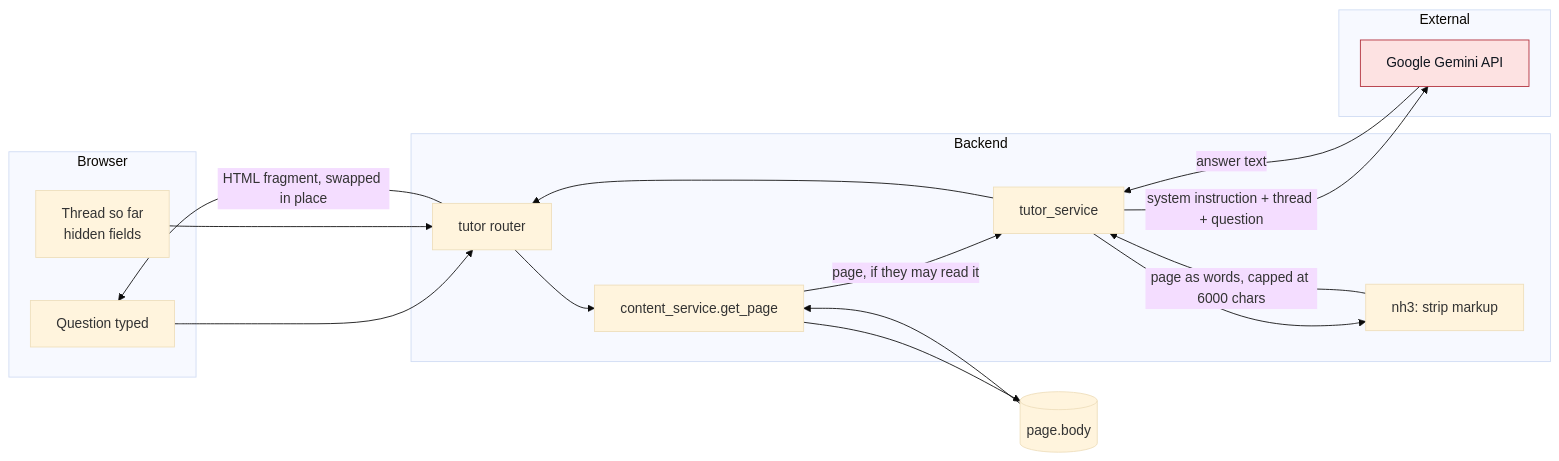
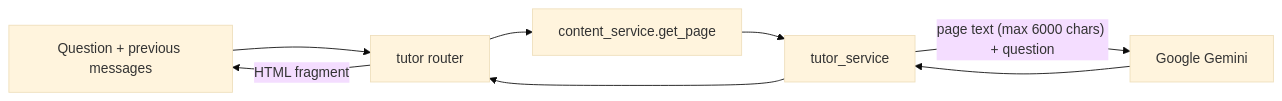
Before and after one commit to xTurki/awarness_project: the tenth of 10 diagrams in docs/system-analysis-and-design.md, drawn with Mermaid (base theme). The commit also changed other lines of this file and 147 other files, not shown here.

````diff
--- a/docs/system-analysis-and-design.md
+++ b/docs/system-analysis-and-design.md
@@ -944,35 +639,8 @@
 ```mermaid
 flowchart LR
-    subgraph Browser
-        Q["Question typed"]
-        TH["Thread so far<br/>hidden fields"]
-    end
-
-    subgraph Backend
-        RT["tutor router"]
-        CS["content_service.get_page"]
-        TS["tutor_service"]
-        NH["nh3: strip markup"]
-    end
-
-    subgraph External
-        G["Google Gemini API"]
-    end
-
-    DB[(page.body)]
-
-    Q --> RT
-    TH --> RT
-    RT --> CS
-    CS --> DB
-    DB --> CS
-    CS -->|"page, if they may read it"| TS
-    TS --> NH
-    NH -->|"page as words, capped at 6000 chars"| TS
-    TS -->|"system instruction + thread + question"| G
-    G -->|"answer text"| TS
-    TS --> RT
-    RT -->|"HTML fragment, swapped in place"| Q
-
-    style G fill:#fde2e2,stroke:#b02a37,color:#10161f
+    Q["Question + previous messages"] --> RT["tutor router"]
+    RT --> CS["content_service.get_page"]
+    CS --> TS["tutor_service"]
+    TS -->|"page text (max 6000 chars) + question"| G["Google Gemini"]
+    G --> TS --> RT -->|"HTML fragment"| Q
 ```
````
